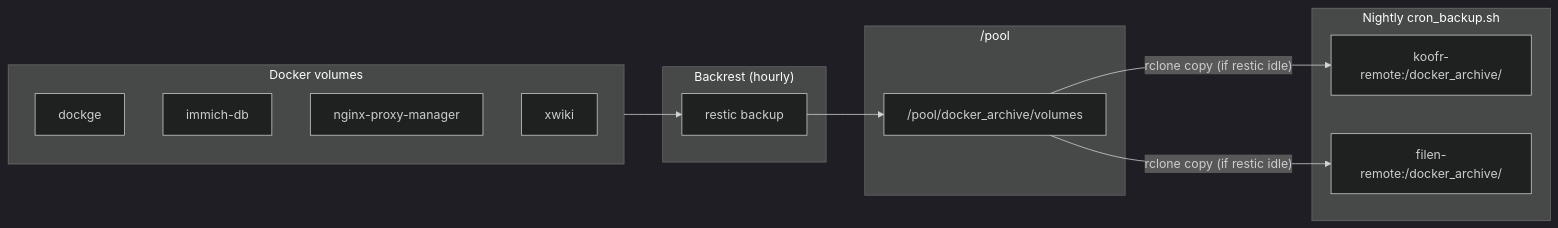
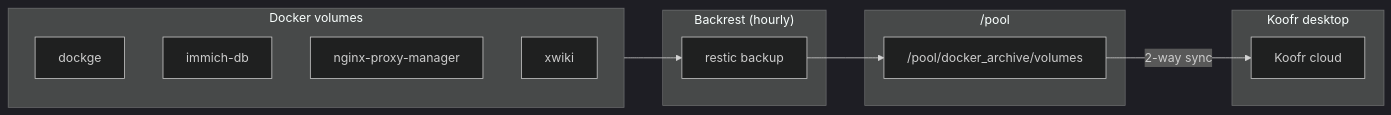
Before and after one commit to mbeisser1/homelab: the fourth of 4 diagrams in docs/backup.md, drawn with Mermaid (dark theme). The commit also changed other lines of this file and 7 other files, not shown here.

First line of the commit message:
Refactor backup cron: daily SnapRAID and weekly Filen jobs.

````diff
--- a/docs/backup.md
+++ b/docs/backup.md
@@ -161,27 +124,25 @@
 ```mermaid
 flowchart LR
     subgraph sources["Docker volumes"]
         dockge[dockge]
         immich[immich-db]
         npm[nginx-proxy-manager]
         xwiki[xwiki]
     end
 
     subgraph backrest["Backrest (hourly)"]
         restic[restic backup]
     end
 
     subgraph pool["/pool"]
         da["/pool/docker_archive/volumes"]
     end
 
-    subgraph offsite["Nightly cron_backup.sh"]
-        koofr[koofr-remote:/docker_archive/]
-        filen[filen-remote:/docker_archive/]
+    subgraph offsite["Koofr desktop"]
+        koofr[Koofr cloud]
     end
 
     sources --> restic
     restic --> da
-    da -->|"rclone copy (if restic idle)"| koofr
-    da -->|"rclone copy (if restic idle)"| filen
+    da -->|"2-way sync"| koofr
 ```
````
